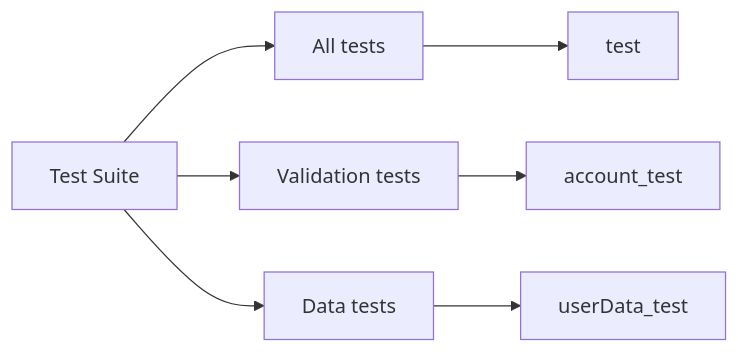
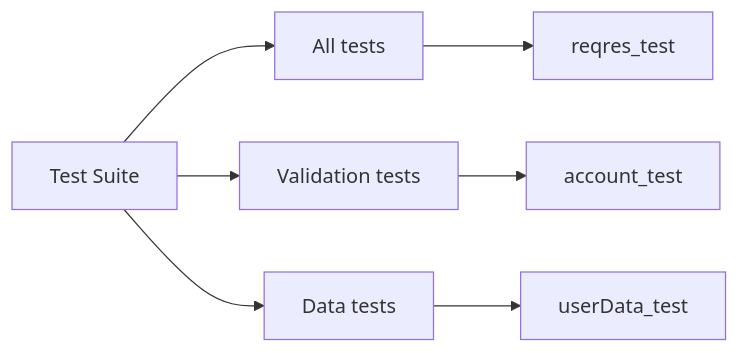
Before and after one commit to ZhizhkunAV/rest_api: the diagram in README.md, drawn with Mermaid.

````diff
--- a/README.md
+++ b/README.md
@@ -48,6 +48,6 @@
 ```mermaid
 flowchart LR
-    A[Test Suite] --> B[All tests] --> C[test]
+    A[Test Suite] --> B[All tests] --> C[reqres_test]
     A[Test Suite] --> D[Validation tests] -->E[account_test]
     A[Test Suite] -->H[Data tests] -->I[userData_test]
 ```
````
